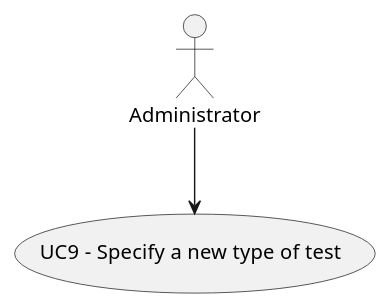
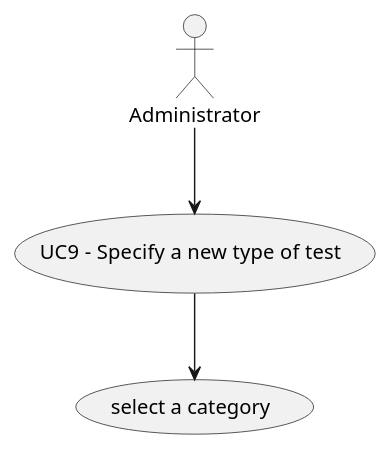
Before and after one commit to GuilhermeCunha79/lapr2: the diagram in docs/SprintB/US9/UC_ SpecifyANewTypeOfTest.puml, drawn with PlantUML. The commit also changed 8 other files, not shown here.

Commit message:
[US9] Md  rename update of UC_MD diagram and addition of svg files of UC9_CD, UC9_MD, UC9_SD, UC_SSD

```diff
--- a/docs/SprintB/US9/UC_ SpecifyANewTypeOfTest.puml
+++ b/docs/SprintB/US9/UC_ SpecifyANewTypeOfTest.puml
@@ -1,8 +1,9 @@
 @startuml
 'https://plantuml.com/sequence-diagram
-
+usecase "select a category" as s
 usecase "UC9 -  Specify a new type of test " as UC9
 actor admin as "Administrator"
 
 admin --> (UC9)
+(UC9) --> s
 @enduml
```
